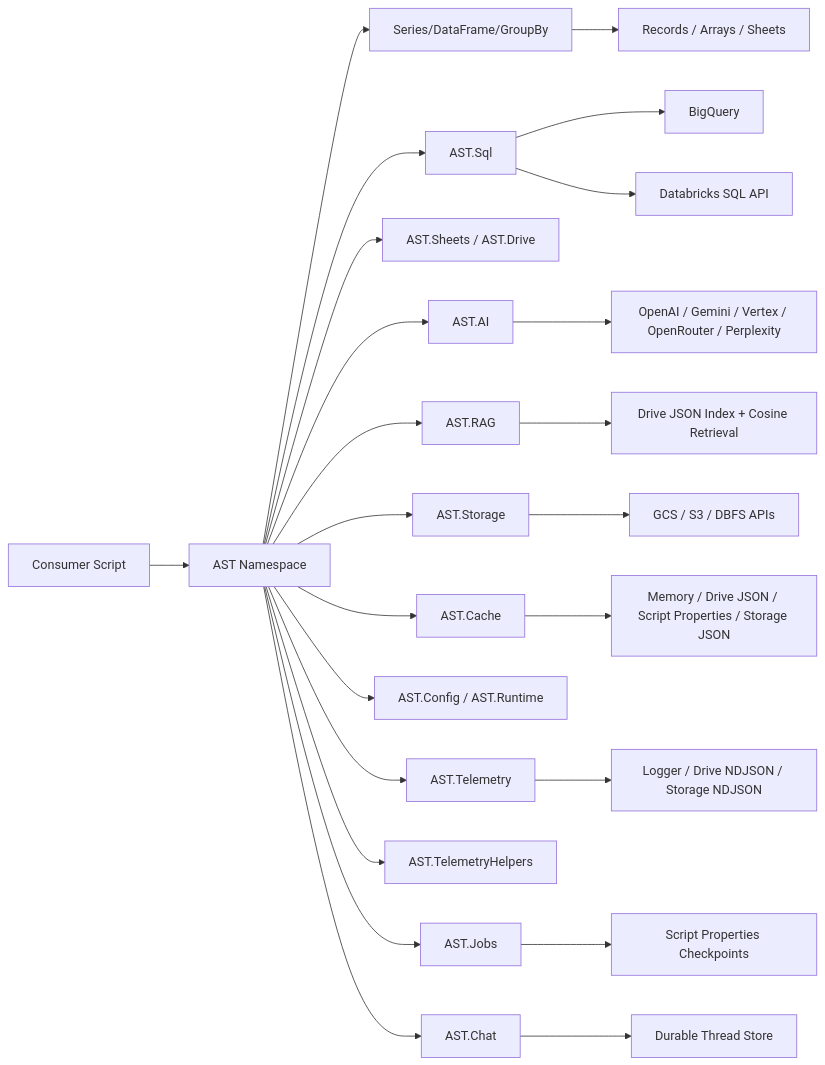
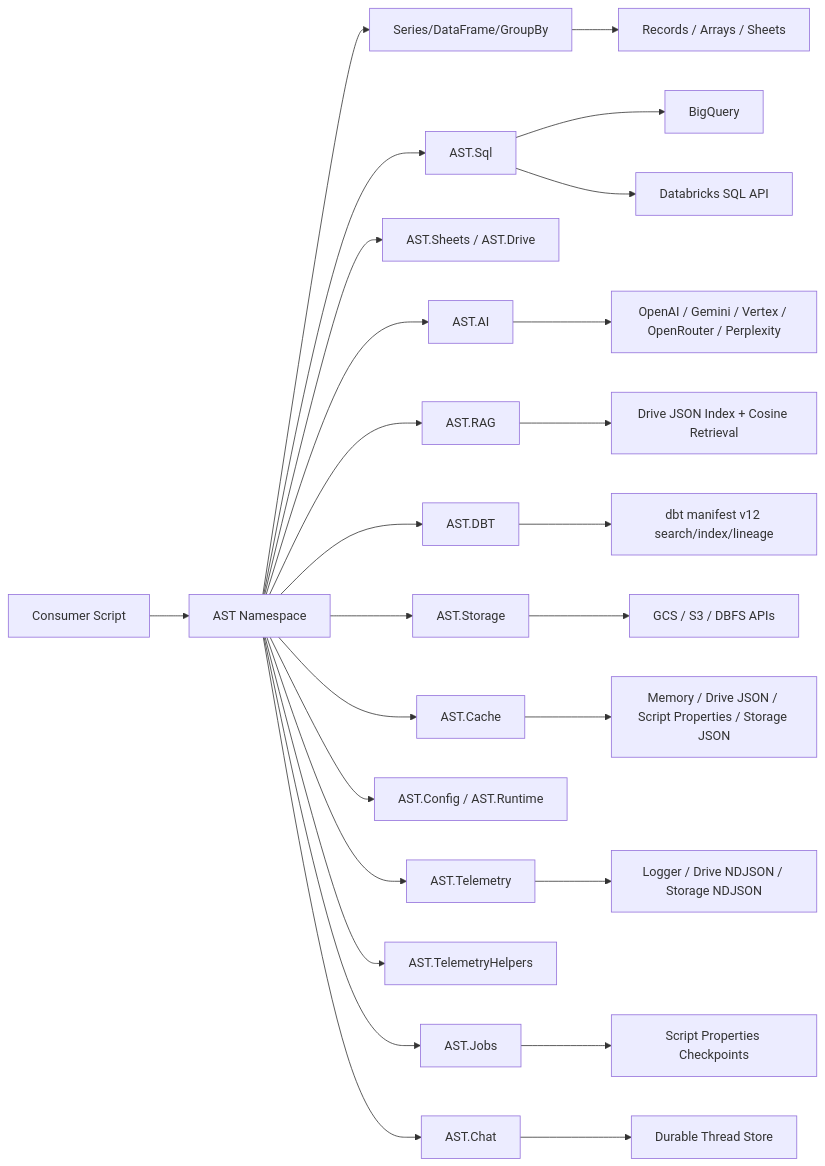
One commit to joe-broadhead/apps-script-tools changed the diagram in docs/index.md. Above: the diagram before and after it, drawn with Mermaid. The commit also changed other lines of this file and 43 other files, not shown here.

Commit message:
Add AST.DBT toolkit with indexed search and persistent bundle cache

````diff
--- a/docs/index.md
+++ b/docs/index.md
@@ -35,26 +36,28 @@
 ```mermaid
 flowchart LR
     A[Consumer Script] --> B[AST Namespace]
     B --> C[Series/DataFrame/GroupBy]
     B --> D[AST.Sql]
     B --> E[AST.Sheets / AST.Drive]
     B --> I[AST.AI]
     B --> K[AST.RAG]
+    B --> Y[AST.DBT]
     B --> M[AST.Storage]
     B --> Q[AST.Cache]
     B --> S[AST.Config / AST.Runtime]
     B --> O[AST.Telemetry]
     B --> V[AST.TelemetryHelpers]
     B --> T[AST.Jobs]
     B --> W[AST.Chat]
     D --> F[BigQuery]
     D --> G[Databricks SQL API]
     I --> J[OpenAI / Gemini / Vertex / OpenRouter / Perplexity]
     K --> L[Drive JSON Index + Cosine Retrieval]
+    Y --> Z[dbt manifest v12 search/index/lineage]
     M --> N[GCS / S3 / DBFS APIs]
     Q --> R["Memory / Drive JSON / Script Properties / Storage JSON"]
     O --> P[Logger / Drive NDJSON / Storage NDJSON]
     T --> U["Script Properties Checkpoints"]
     W --> X["Durable Thread Store"]
     C --> H[Records / Arrays / Sheets]
 ```
````
